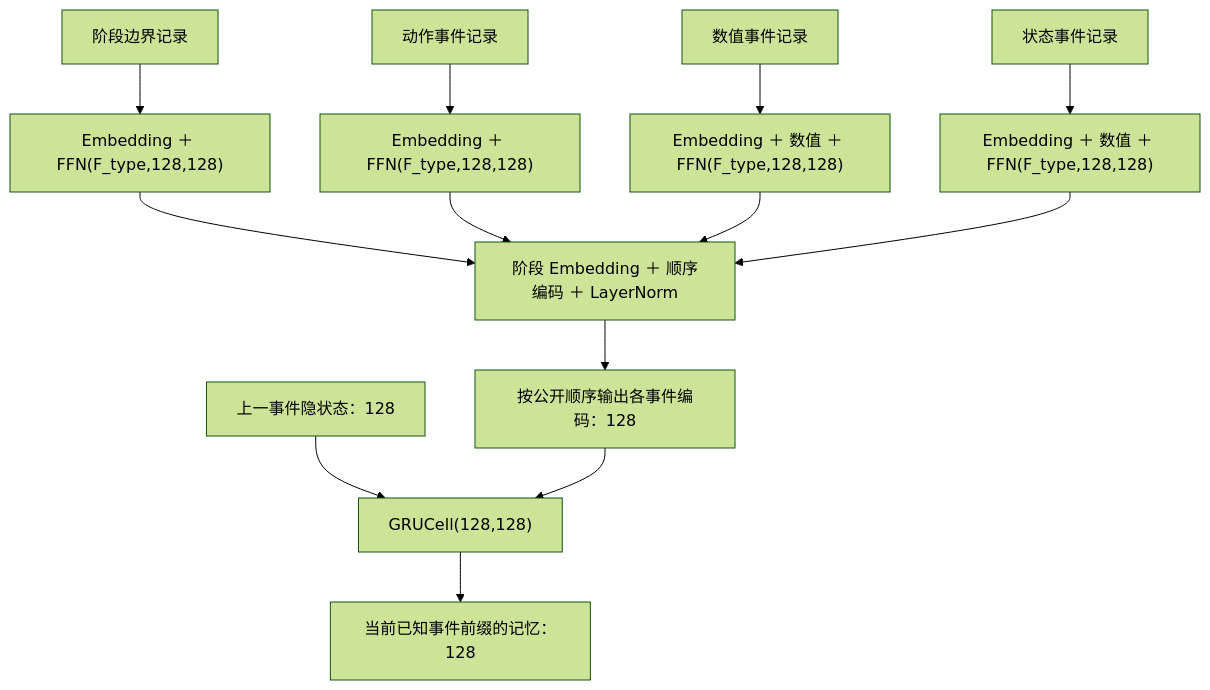
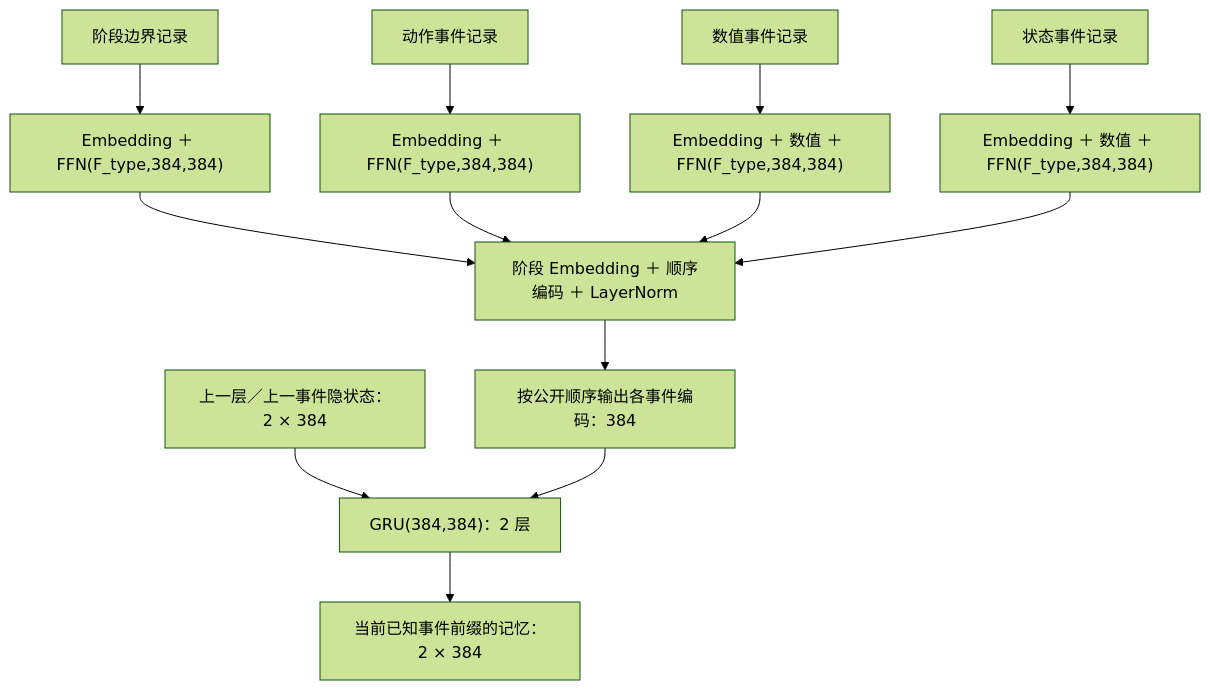
One commit to ChickenD233/Alpha-Roco changed the third of 7 diagrams in MODEL_DESIGN.md. Above: the diagram before and after it, drawn with Mermaid (forest theme). The commit also changed other lines of this file and 16 other files, not shown here.

````diff
--- a/MODEL_DESIGN.md
+++ b/MODEL_DESIGN.md
@@ -82,15 +89,15 @@
 ```mermaid
 flowchart TB
-    P["阶段边界记录"] --> PM["Embedding ＋ FFN(F_type,128,128)"]
-    A["动作事件记录"] --> AM["Embedding ＋ FFN(F_type,128,128)"]
-    D["数值事件记录"] --> DM["Embedding ＋ 数值 ＋ FFN(F_type,128,128)"]
-    C["状态事件记录"] --> CM["Embedding ＋ 数值 ＋ FFN(F_type,128,128)"]
+    P["阶段边界记录"] --> PM["Embedding ＋ FFN(F_type,384,384)"]
+    A["动作事件记录"] --> AM["Embedding ＋ FFN(F_type,384,384)"]
+    D["数值事件记录"] --> DM["Embedding ＋ 数值 ＋ FFN(F_type,384,384)"]
+    C["状态事件记录"] --> CM["Embedding ＋ 数值 ＋ FFN(F_type,384,384)"]
     PM --> V["阶段 Embedding ＋ 顺序编码 ＋ LayerNorm"]
     AM --> V
     DM --> V
     CM --> V
-    V --> T["按公开顺序输出各事件编码：128"]
-    H["上一事件隐状态：128"] --> R["GRUCell(128,128)"]
+    V --> T["按公开顺序输出各事件编码：384"]
+    H["上一层／上一事件隐状态：2 × 384"] --> R["GRU(384,384)：2 层"]
     T --> R
-    R --> N["当前已知事件前缀的记忆：128"]
+    R --> N["当前已知事件前缀的记忆：2 × 384"]
 ```
````
